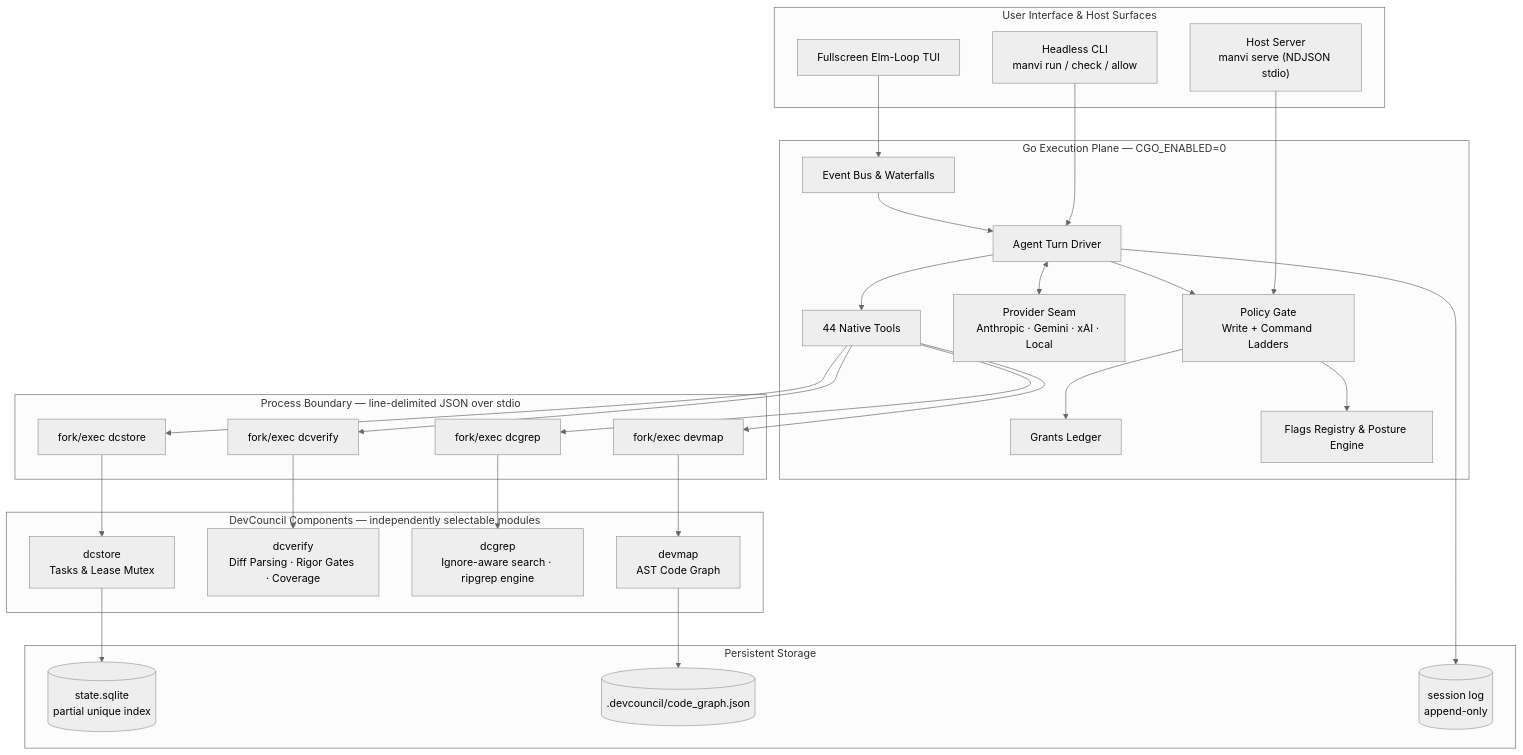
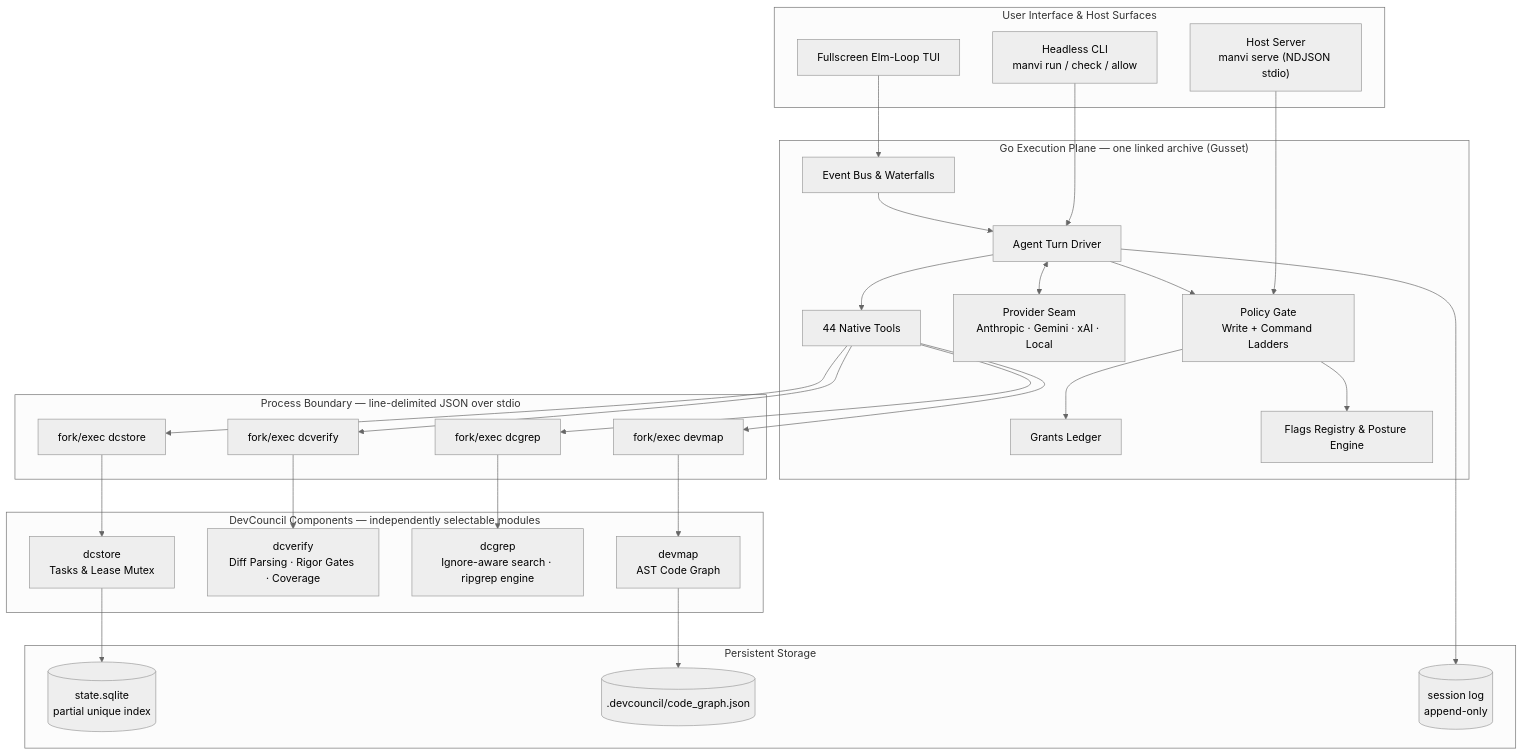
The first of 9 diagrams in README.md (bharathvbcr/Manvi), drawn with Mermaid (neutral theme) before and after one commit. The commit also changed other lines of this file and 11 other files, not shown here.

````diff
--- a/README.md
+++ b/README.md
@@ -54,56 +54,56 @@
 ```mermaid
 flowchart TB
     subgraph UI["User Interface & Host Surfaces"]
         TUI["Fullscreen Elm-Loop TUI"]
         CLI["Headless CLI<br/>manvi run / check / allow"]
         Serve["Host Server<br/>manvi serve (NDJSON stdio)"]
     end
 
-    subgraph GoPlane["Go Execution Plane — CGO_ENABLED=0"]
+    subgraph GoPlane["Go Execution Plane — one linked archive (Gusset)"]
         Bus["Event Bus & Waterfalls"]
         AgentLoop["Agent Turn Driver"]
         Gate["Policy Gate<br/>Write + Command Ladders"]
         Grants["Grants Ledger"]
         Registry["Flags Registry & Posture Engine"]
         Providers["Provider Seam<br/>Anthropic · Gemini · xAI · Local"]
         Tools["44 Native Tools"]
     end
 
     subgraph Boundary["Process Boundary — line-delimited JSON over stdio"]
         P1["fork/exec dcstore"]
         P2["fork/exec dcverify"]
         P3["fork/exec devmap"]
         P4["fork/exec dcgrep"]
     end
 
     subgraph Components["DevCouncil Components — independently selectable modules"]
         DCStore["dcstore<br/>Tasks & Lease Mutex"]
         DCVerify["dcverify<br/>Diff Parsing · Rigor Gates · Coverage"]
         DCGrep["dcgrep<br/>Ignore-aware search · ripgrep engine"]
         DevMap["devmap<br/>AST Code Graph"]
     end
 
     subgraph Storage["Persistent Storage"]
         SQLite[("state.sqlite<br/>partial unique index")]
         CodeGraph[(".devcouncil/code_graph.json")]
         SessionLog[("session log<br/>append-only")]
     end
 
     TUI --> Bus
     CLI --> AgentLoop
     Serve --> Gate
     Bus --> AgentLoop
     AgentLoop --> Gate
     Gate --> Grants
     Gate --> Registry
     AgentLoop <--> Providers
     AgentLoop --> Tools
     AgentLoop --> SessionLog
     Tools --> P1 & P2 & P3 & P4
     P1 --> DCStore
     P2 --> DCVerify
     P3 --> DevMap
     P4 --> DCGrep
     DCStore --> SQLite
     DevMap --> CodeGraph
 ```
````
